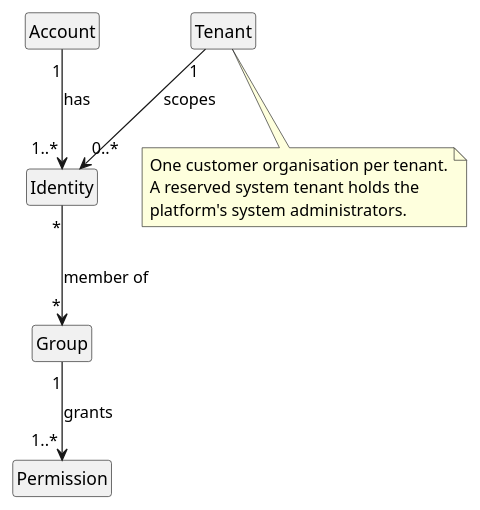
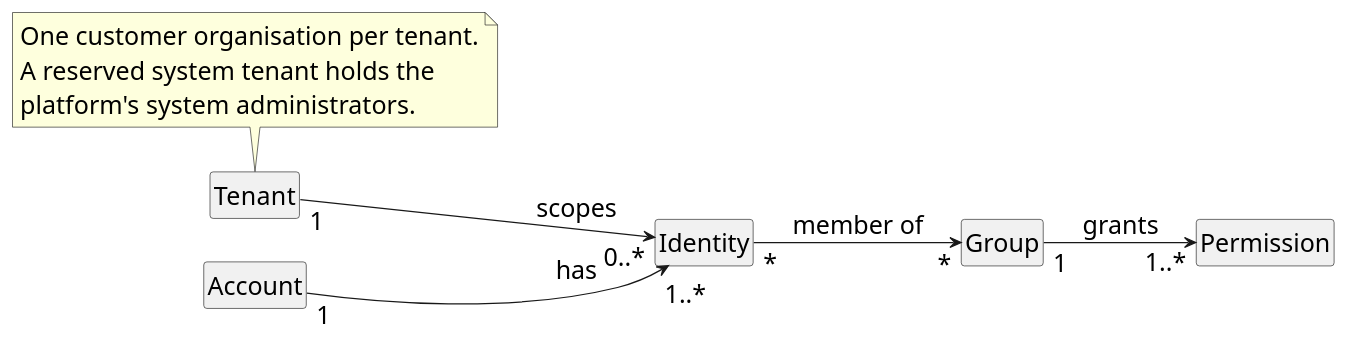
One commit to idris-saddi/pfe-report changed the diagram in report/Chapter3/figures/identity-model.puml. Above: the diagram before and after it, drawn with PlantUML. The commit also changed 66 other files, not shown here.

```diff
--- a/report/Chapter3/figures/identity-model.puml
+++ b/report/Chapter3/figures/identity-model.puml
@@ -1,30 +1,32 @@
 @startuml identity-model
 '==============================================================================
 ' Figure (Chapter II): Identity and access model (conceptual class diagram).
 ' From the comby defaults: tenant, account, identity (an account can hold
 ' identities in several tenants), group (RBAC role), permission.
 ' Render:  plantuml -tpdf identity-model.puml      (or -tpng)
 '==============================================================================
 skinparam shadowing false
 skinparam defaultFontName Helvetica
+skinparam defaultFontSize 20
+left to right direction
 hide circle
 hide methods
 hide empty members
 
 class Account
 class Identity
 class Tenant
 class Group
 class Permission
 
 Account  "1" --> "1..*" Identity : has
 Tenant   "1" --> "0..*" Identity : scopes
 Identity "*" --> "*"    Group    : member of
 Group    "1" --> "1..*" Permission : grants
 
-note bottom of Tenant
+note top of Tenant
   One customer organisation per tenant.
   A reserved system tenant holds the
   platform's system administrators.
 end note
 @enduml
```
